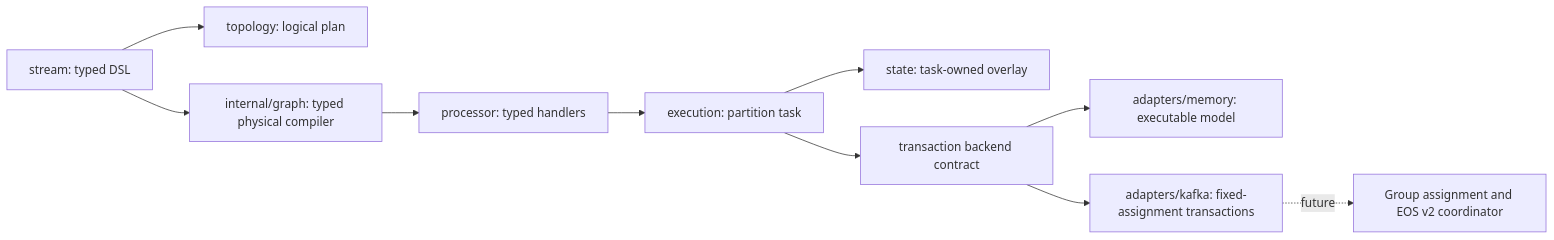
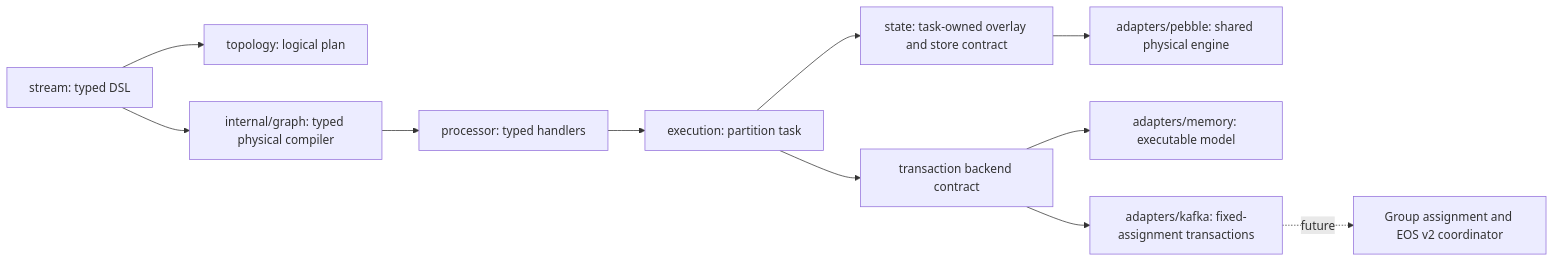
One commit to SoraDaibu/kstream-go changed the diagram in docs/architecture.md. Above: the diagram before and after it, drawn with Mermaid. The commit also changed other lines of this file and 9 other files, not shown here.

````diff
--- a/docs/architecture.md
+++ b/docs/architecture.md
@@ -6,12 +6,13 @@
 ```mermaid
 flowchart LR
   DSL[stream: typed DSL] --> Logical[topology: logical plan]
   DSL --> Graph[internal/graph: typed physical compiler]
   Graph --> Processor[processor: typed handlers]
   Processor --> Task[execution: partition task]
-  Task --> Store[state: task-owned overlay]
+  Task --> Store[state: task-owned overlay and store contract]
+  Store --> Persistent[adapters/pebble: shared physical engine]
   Task --> Backend[transaction backend contract]
   Backend --> Memory[adapters/memory: executable model]
   Backend --> Kafka[adapters/kafka: fixed-assignment transactions]
   Kafka -. future .-> Groups[Group assignment and EOS v2 coordinator]
 ```
````
